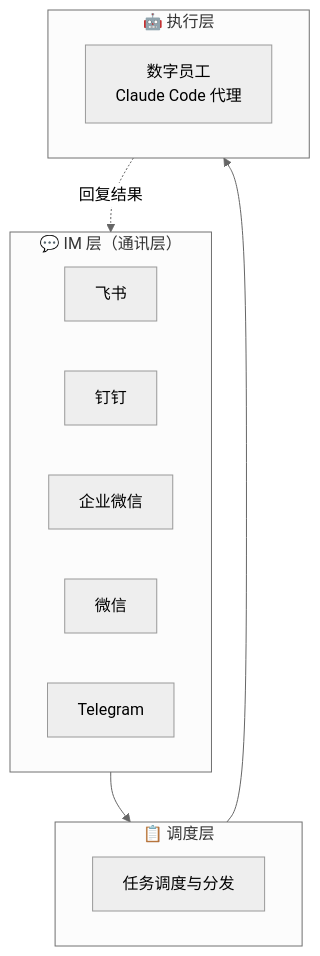
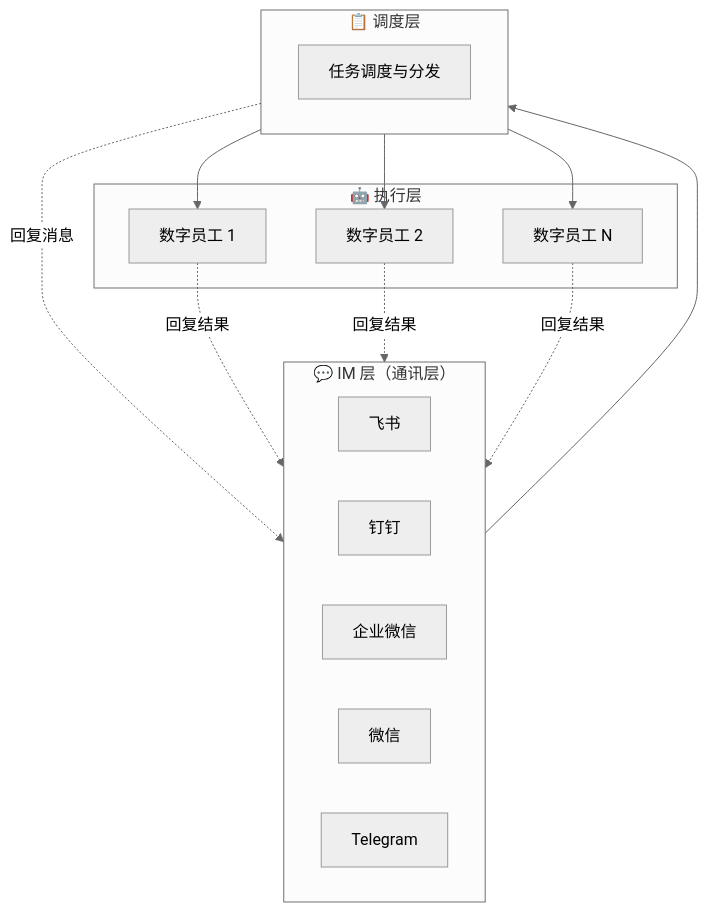
Before and after one commit to theopenbee/docs: the diagram in content/docs/index.cn.mdx, drawn with Mermaid (neutral theme). The commit also changed other lines of this file and 1 other file, not shown here.

Commit message:
docs: update How It Works with bidirectional flow and multiple workers

````diff
--- a/content/docs/index.cn.mdx
+++ b/content/docs/index.cn.mdx
@@ -21,22 +21,29 @@
 ```mermaid
 graph TD
     subgraph IM["💬 IM 层（通讯层）"]
         A1["飞书"]
         A2["钉钉"]
         A3["企业微信"]
         A4["微信"]
         A5["Telegram"]
     end
 
     subgraph SCHED["📋 调度层"]
         B["任务调度与分发"]
     end
 
     subgraph EXEC["🤖 执行层"]
-        C["数字员工\nClaude Code 代理"]
+        C1["数字员工 1"]
+        C2["数字员工 2"]
+        C3["数字员工 N"]
     end
 
     IM --> SCHED
-    SCHED --> EXEC
-    EXEC -. "回复结果" .-> IM
+    SCHED -. "回复消息" .-> IM
+    SCHED --> C1
+    SCHED --> C2
+    SCHED --> C3
+    C1 -. "回复结果" .-> IM
+    C2 -. "回复结果" .-> IM
+    C3 -. "回复结果" .-> IM
 ```
````
